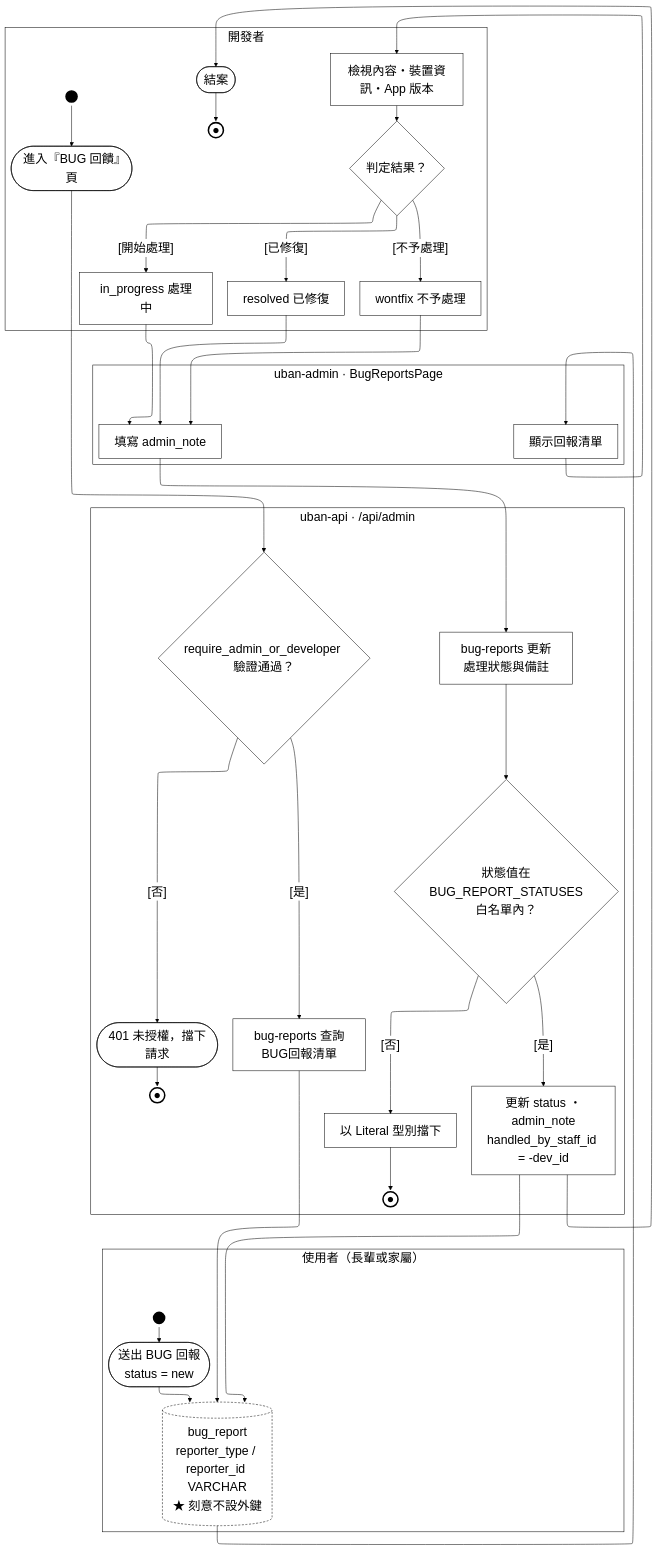
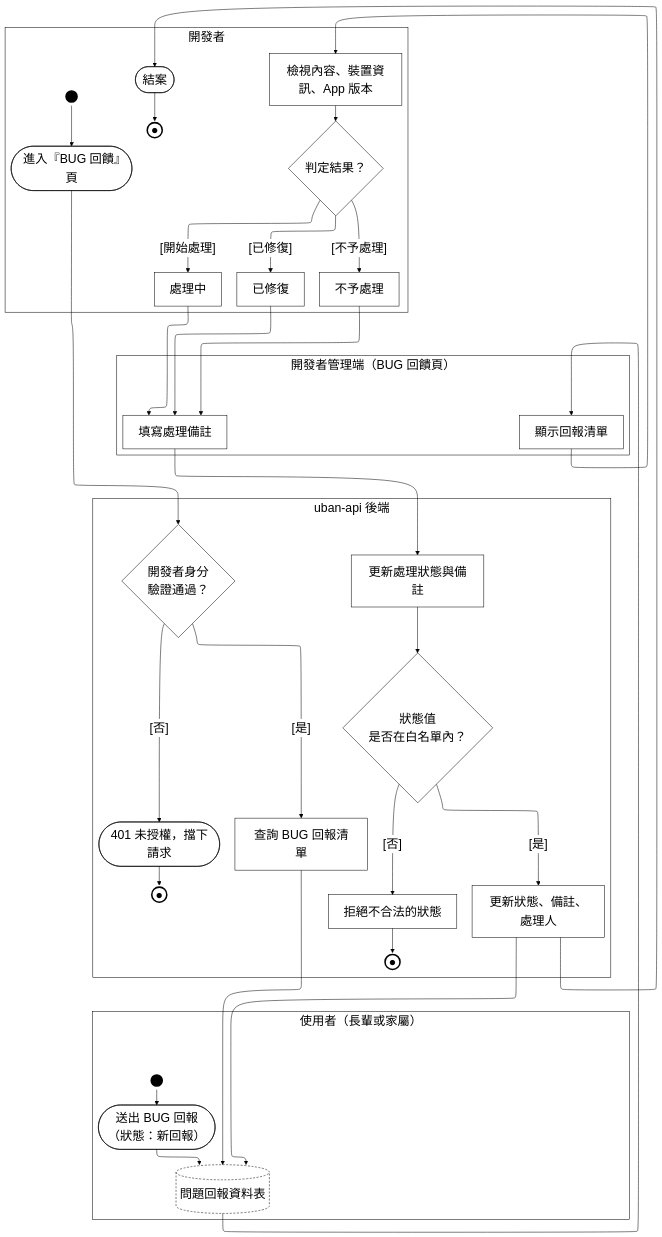
One commit to HuangYu-Kai/Uban changed the diagram in Uban System Documents/mermaid原始碼/A28-問題處理.mmd. Above: the diagram before and after it, drawn with Mermaid. The commit also changed 32 other files, not shown here.

```diff
--- a/Uban System Documents/mermaid原始碼/A28-問題處理.mmd
+++ b/Uban System Documents/mermaid原始碼/A28-問題處理.mmd
@@ -1,71 +1,71 @@
 %%{init:{"layout":"elk","elk":{"mergeEdges":false,"nodePlacementStrategy":"NETWORK_SIMPLEX"},"flowchart":{"htmlLabels":true},"themeVariables":{"clusterBkg":"#FFFFFF","clusterBorder":"#000000","edgeLabelBackground":"#FFFFFF","textColor":"#000000","nodeTextColor":"#000000","titleColor":"#000000","lineColor":"#000000","fontSize":"24px"}}}%%
 flowchart TD
   subgraph ROLE["開發者"]
     PAD_ROLE["&nbsp;&nbsp;&nbsp;&nbsp;&nbsp;&nbsp;&nbsp;&nbsp;&nbsp;&nbsp;"]:::pad
     ST_S1(("&nbsp;")):::term
     S1([進入『BUG 回饋』頁]):::act
-    S2["檢視內容・裝置資訊・App 版本"]:::act
+    S2["檢視內容、裝置資訊、App 版本"]:::act
     S3{"判定結果？"}:::dec
     S4(["結案"]):::act
     EN_S4(("●")):::endterm
-    P1["in_progress 處理中"]:::act
-    P2["resolved 已修復"]:::act
-    P3["wontfix 不予處理"]:::act
+    P1["處理中"]:::act
+    P2["已修復"]:::act
+    P3["不予處理"]:::act
   end
   subgraph ROLE2["使用者（長輩或家屬）"]
     PAD_ROLE2["&nbsp;&nbsp;&nbsp;&nbsp;&nbsp;&nbsp;&nbsp;&nbsp;&nbsp;&nbsp;&nbsp;&nbsp;&nbsp;&nbsp;&nbsp;&nbsp;&nbsp;&nbsp;&nbsp;&nbsp;&nbsp;&nbsp;&nbsp;&nbsp;&nbsp;&nbsp;&nbsp;&nbsp;&nbsp;&nbsp;&nbsp;&nbsp;&nbsp;&nbsp;&nbsp;&nbsp;&nbsp;&nbsp;&nbsp;&nbsp;&nbsp;&nbsp;&nbsp;&nbsp;&nbsp;&nbsp;&nbsp;&nbsp;&nbsp;&nbsp;&nbsp;&nbsp;&nbsp;&nbsp;&nbsp;&nbsp;&nbsp;&nbsp;&nbsp;&nbsp;&nbsp;&nbsp;&nbsp;&nbsp;&nbsp;&nbsp;&nbsp;&nbsp;&nbsp;&nbsp;&nbsp;&nbsp;&nbsp;&nbsp;&nbsp;&nbsp;&nbsp;&nbsp;&nbsp;&nbsp;&nbsp;&nbsp;&nbsp;&nbsp;&nbsp;&nbsp;&nbsp;&nbsp;&nbsp;&nbsp;&nbsp;&nbsp;&nbsp;&nbsp;&nbsp;&nbsp;&nbsp;&nbsp;&nbsp;&nbsp;&nbsp;&nbsp;&nbsp;&nbsp;"]:::pad
     ST_U1(("&nbsp;")):::term
-    U1(["送出 BUG 回報<br/>status = new"]):::act
-    DB[("bug_report<br/>reporter_type / reporter_id VARCHAR<br/>★ 刻意不設外鍵")]:::gap
+    U1(["送出 BUG 回報<br/>（狀態：新回報）"]):::act
+    DB[("問題回報資料表")]:::gap
   end
-  subgraph FE["uban-admin · BugReportsPage"]
+  subgraph FE["開發者管理端（BUG 回饋頁）"]
     PAD_FE["&nbsp;&nbsp;&nbsp;&nbsp;&nbsp;&nbsp;&nbsp;&nbsp;&nbsp;&nbsp;&nbsp;&nbsp;&nbsp;&nbsp;&nbsp;&nbsp;&nbsp;&nbsp;&nbsp;&nbsp;&nbsp;&nbsp;&nbsp;&nbsp;&nbsp;&nbsp;&nbsp;&nbsp;&nbsp;&nbsp;&nbsp;&nbsp;&nbsp;&nbsp;&nbsp;&nbsp;&nbsp;&nbsp;&nbsp;&nbsp;&nbsp;&nbsp;&nbsp;&nbsp;&nbsp;&nbsp;&nbsp;&nbsp;&nbsp;&nbsp;&nbsp;&nbsp;&nbsp;&nbsp;&nbsp;&nbsp;&nbsp;&nbsp;&nbsp;&nbsp;&nbsp;&nbsp;&nbsp;&nbsp;&nbsp;&nbsp;&nbsp;&nbsp;"]:::pad
     A1["顯示回報清單"]:::act
-    A2["填寫 admin_note"]:::act
+    A2["填寫處理備註"]:::act
   end
-  subgraph BE["uban-api · /api/admin"]
-    G0{"require_admin_or_developer 驗證通過？"}:::dec
-    B1["bug-reports 查詢BUG回報清單"]:::act
-    B2["bug-reports 更新處理狀態與備註"]:::act
-    B3{"狀態值在<br/>BUG_REPORT_STATUSES<br/>白名單內？"}:::dec
-    B4["以 Literal 型別擋下"]:::act
+  subgraph BE["uban-api 後端"]
+    G0{"開發者身分<br/>驗證通過？"}:::dec
+    B1["查詢 BUG 回報清單"]:::act
+    B2["更新處理狀態與備註"]:::act
+    B3{"狀態值<br/>是否在白名單內？"}:::dec
+    B4["拒絕不合法的狀態"]:::act
     EN_B4(("●")):::endterm
-    B5["更新 status ・admin_note<br/>handled_by_staff_id = -dev_id"]:::act
+    B5["更新狀態、備註、處理人"]:::act
     X(["401 未授權，擋下請求"]):::act
     EN_X(("●")):::endterm
   end
 
   ST_S1 --> S1
   ST_U1 --> U1
   U1 --> DB
   S1 --> G0
   G0 -->|"[否]"| X
   G0 -->|"[是]"| B1
   B1 --> DB
   DB --> A1
   A1 --> S2
   S2 --> S3
   S3 -->|"[開始處理]"| P1
   S3 -->|"[已修復]"| P2
   S3 -->|"[不予處理]"| P3
   P1 --> A2
   P2 --> A2
   P3 --> A2
   A2 --> B2
   B2 --> B3
   B3 -->|"[否]"| B4
   B3 -->|"[是]"| B5
   B5 --> DB
   B5 --> S4
   S4 --> EN_S4
   B4 --> EN_B4
   X --> EN_X
   %% 鎖住泳道順序：ELK 不照宣告順序排，沒有這條鏈後端會跑到最上面
   ROLE ~~~ ROLE2 ~~~ FE ~~~ BE
 
   classDef pad  fill:none,stroke:none,color:#FFFFFF
   classDef act  fill:#FFFFFF,stroke:#000000,stroke-width:1px,color:#000000
   classDef dec  fill:#FFFFFF,stroke:#000000,stroke-width:1px,color:#000000
   classDef term fill:#000000,stroke:#000000,stroke-width:3px,color:#000000
   classDef endterm fill:#FFFFFF,stroke:#000000,stroke-width:3px,color:#000000
   classDef gap  fill:#FFFFFF,stroke:#000000,stroke-width:1px,color:#000000,stroke-dasharray:4 3
```
